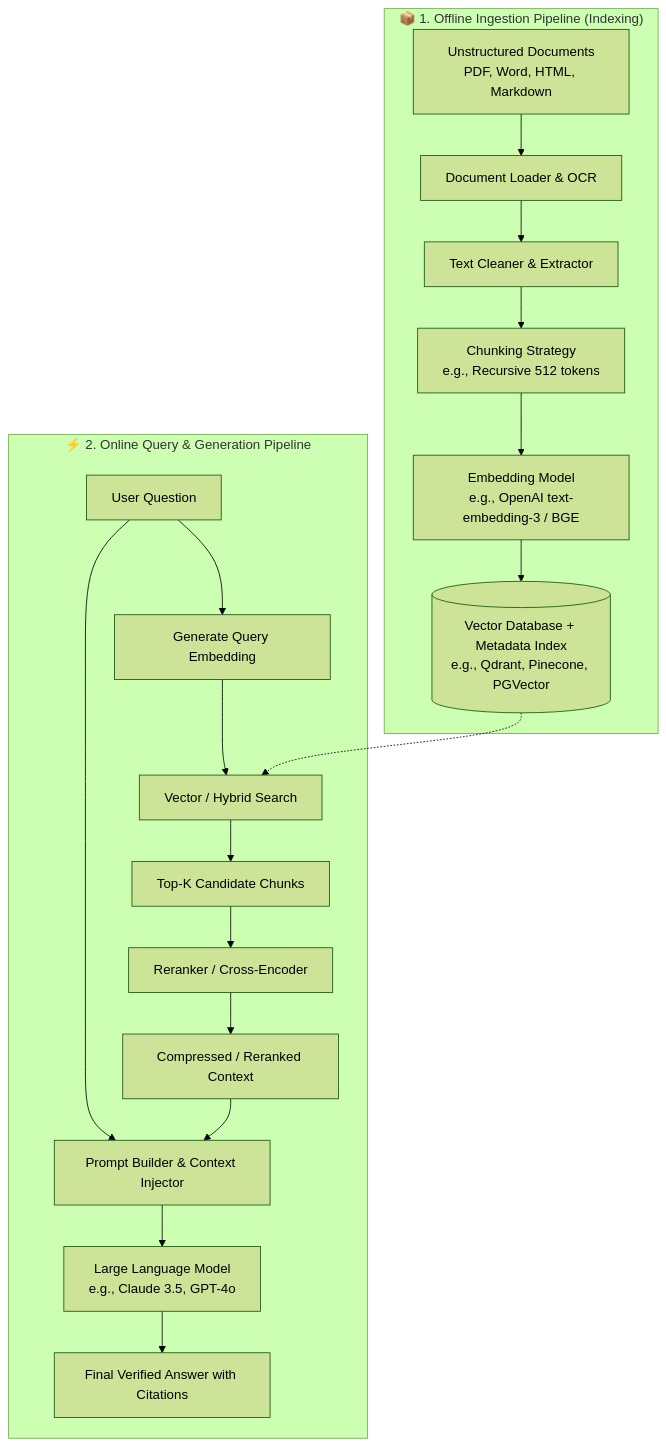
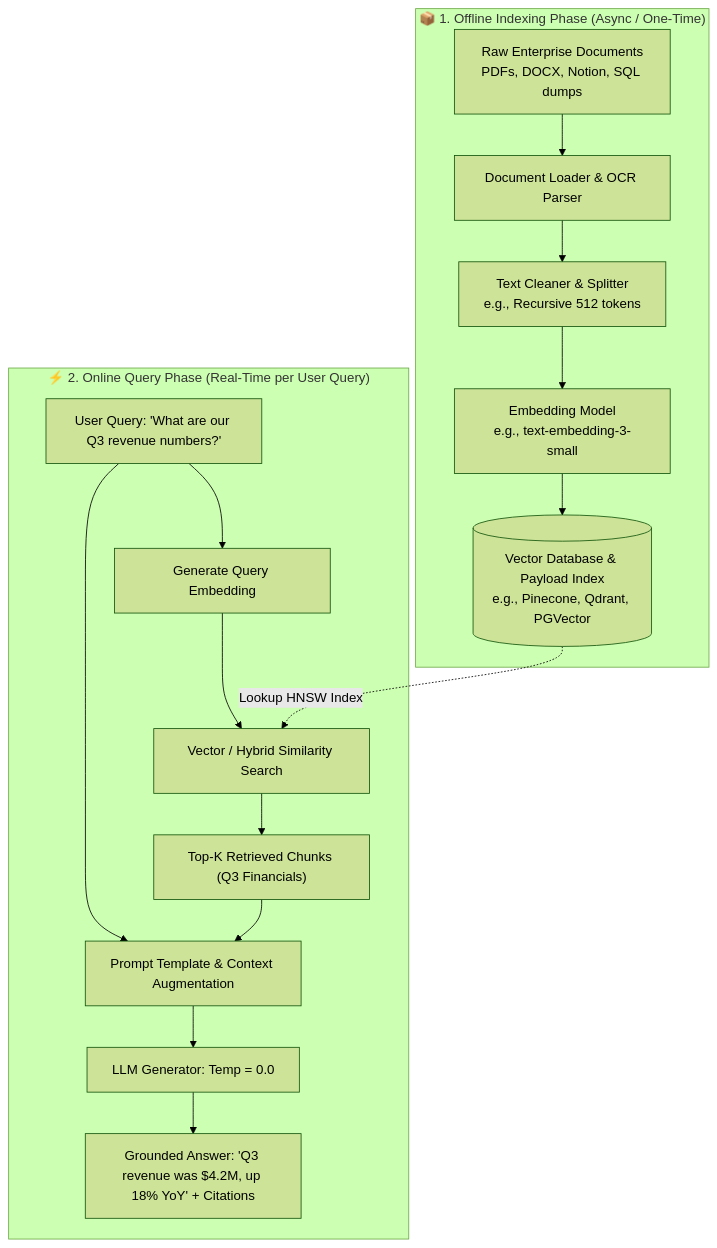
Before and after one commit to Nishant8826/theory-leaning: the second of 31 diagrams in RAG/01_RAG_30_Questions.md, drawn with Mermaid (forest theme). The commit also changed other lines of this file and 2 other files, not shown here.

````diff
--- a/RAG/01_RAG_30_Questions.md
+++ b/RAG/01_RAG_30_Questions.md
@@ -165,23 +151,19 @@
 ```mermaid
 flowchart TD
-    subgraph Offline_Ingestion["📦 1. Offline Ingestion Pipeline (Indexing)"]
-        D[Unstructured Documents<br/>PDF, Word, HTML, Markdown] --> DL[Document Loader & OCR]
-        DL --> TC[Text Cleaner & Extractor]
-        TC --> CS[Chunking Strategy<br/>e.g., Recursive 512 tokens]
-        CS --> EM1[Embedding Model<br/>e.g., OpenAI text-embedding-3 / BGE]
-        EM1 --> VDB[(Vector Database + Metadata Index<br/>e.g., Qdrant, Pinecone, PGVector)]
+    subgraph Offline_Indexing["📦 1. Offline Indexing Phase (Async / One-Time)"]
+        A[Raw Enterprise Documents<br/>PDFs, DOCX, Notion, SQL dumps] --> B[Document Loader & OCR Parser]
+        B --> C[Text Cleaner & Splitter<br/>e.g., Recursive 512 tokens]
+        C --> D[Embedding Model<br/>e.g., text-embedding-3-small]
+        D --> E[(Vector Database & Payload Index<br/>e.g., Pinecone, Qdrant, PGVector)]
     end
 
-    subgraph Online_Query["⚡ 2. Online Query & Generation Pipeline"]
-        UQ[User Question] --> QE[Generate Query Embedding]
-        QE --> VS[Vector / Hybrid Search]
-        VDB -.-> VS
-        VS --> TR[Top-K Candidate Chunks]
-        TR --> RR[Reranker / Cross-Encoder]
-        RR --> CTX[Compressed / Reranked Context]
-        UQ --> PB[Prompt Builder & Context Injector]
-        CTX --> PB
-        PB --> LLM[Large Language Model<br/>e.g., Claude 3.5, GPT-4o]
-        LLM --> OUT[Final Verified Answer with Citations]
+    subgraph Online_Query["⚡ 2. Online Query Phase (Real-Time per User Query)"]
+        UQ["User Query: 'What are our Q3 revenue numbers?'"] --> QE[Generate Query Embedding]
+        QE --> VS[Vector / Hybrid Similarity Search]
+        E -.->|Lookup HNSW Index| VS
+        VS --> CH["Top-K Retrieved Chunks (Q3 Financials)"]
+        CH & UQ --> PR[Prompt Template & Context Augmentation]
+        PR --> LLM[LLM Generator: Temp = 0.0]
+        LLM --> OUT["Grounded Answer: 'Q3 revenue was $4.2M, up 18% YoY' + Citations"]
     end
 ```
````
